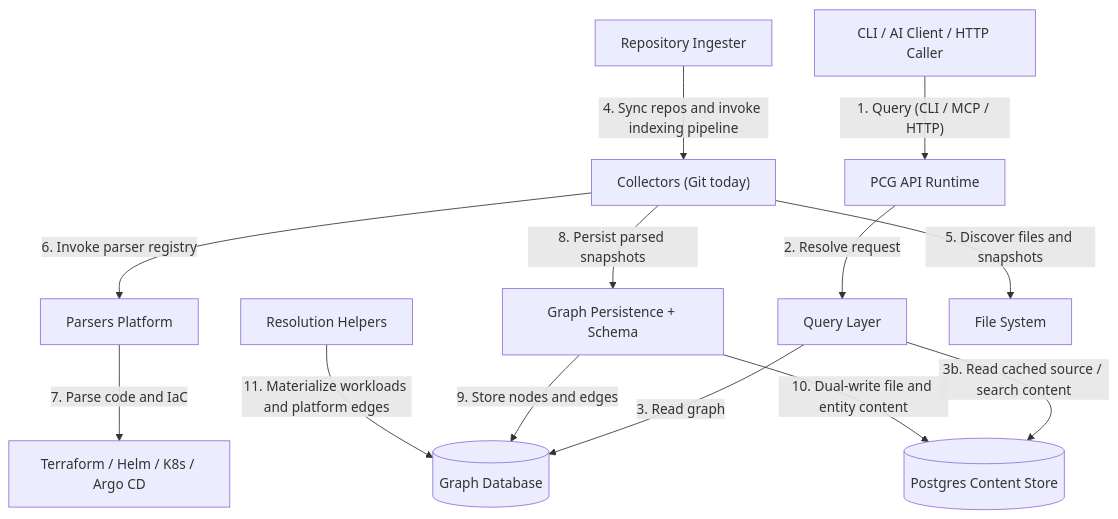
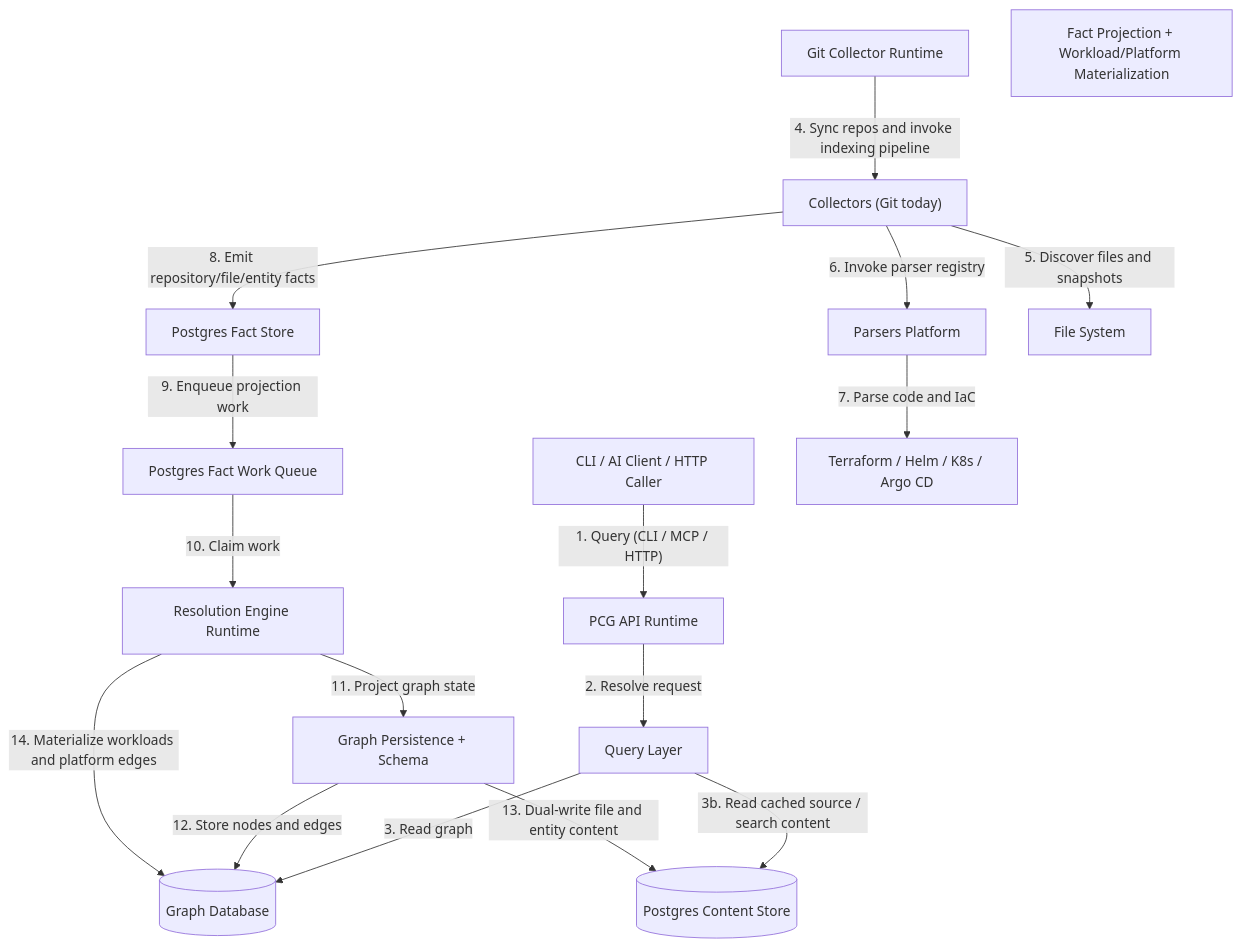
One commit to platformcontext/platform-context-graph changed the diagram in docs/docs/architecture.md. Above: the diagram before and after it, drawn with Mermaid. The commit also changed other lines of this file and 19 other files, not shown here.

Commit message:
feat: switch git indexing to facts-first projection

````diff
--- a/docs/docs/architecture.md
+++ b/docs/docs/architecture.md
@@ -12,28 +18,34 @@
 ```mermaid
 graph TD
     Client[CLI / AI Client / HTTP Caller]
     API["PCG API Runtime"]
-    Ingester["Repository Ingester"]
+    Ingester["Git Collector Runtime"]
+    ResolutionEngine["Resolution Engine Runtime"]
     Query[Query Layer]
     Collectors["Collectors (Git today)"]
     Parsers["Parsers Platform"]
+    Facts["Postgres Fact Store"]
+    FactQueue["Postgres Fact Work Queue"]
     Graph["Graph Persistence + Schema"]
-    Resolution["Resolution Helpers"]
+    Resolution["Fact Projection + Workload/Platform Materialization"]
     DB[(Graph Database)]
     FS[File System]
     IaC[Terraform / Helm / K8s / Argo CD]
     Content[(Postgres Content Store)]
 
     Client -- "1. Query (CLI / MCP / HTTP)" --> API
     API -- "2. Resolve request" --> Query
     Query -- "3. Read graph" --> DB
     Query -- "3b. Read cached source / search content" --> Content
     Ingester -- "4. Sync repos and invoke indexing pipeline" --> Collectors
     Collectors -- "5. Discover files and snapshots" --> FS
     Collectors -- "6. Invoke parser registry" --> Parsers
     Parsers -- "7. Parse code and IaC" --> IaC
-    Collectors -- "8. Persist parsed snapshots" --> Graph
-    Graph -- "9. Store nodes and edges" --> DB
-    Graph -- "10. Dual-write file and entity content" --> Content
-    Resolution -- "11. Materialize workloads and platform edges" --> DB
+    Collectors -- "8. Emit repository/file/entity facts" --> Facts
+    Facts -- "9. Enqueue projection work" --> FactQueue
+    FactQueue -- "10. Claim work" --> ResolutionEngine
+    ResolutionEngine -- "11. Project graph state" --> Graph
+    Graph -- "12. Store nodes and edges" --> DB
+    Graph -- "13. Dual-write file and entity content" --> Content
+    ResolutionEngine -- "14. Materialize workloads and platform edges" --> DB
 ```
````
